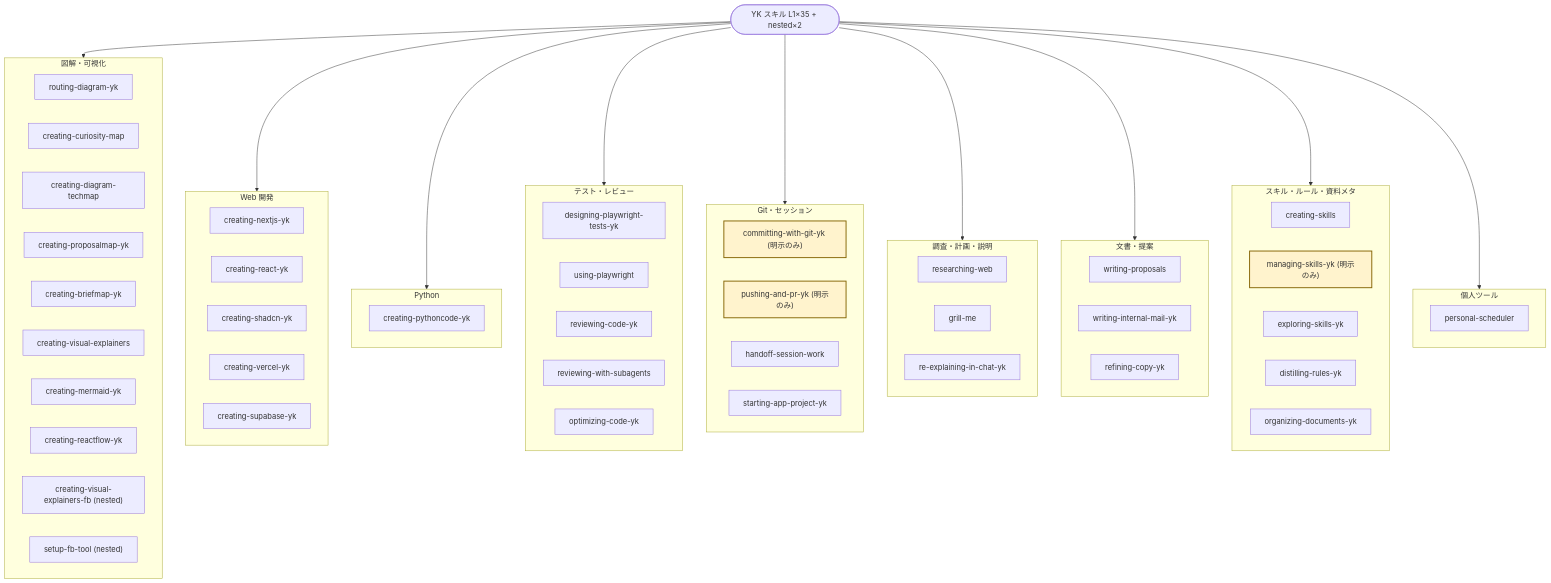
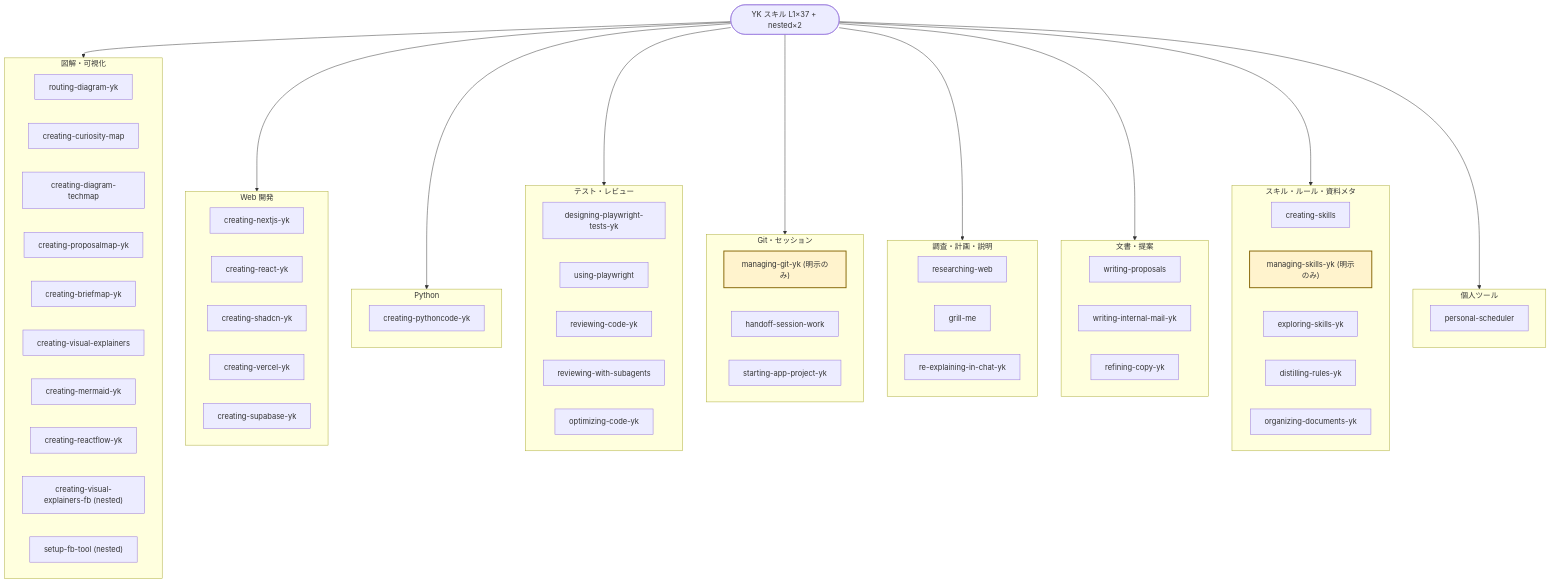
One commit to yk3720/yk-skill changed the diagram in metadata/diagrams/skills-overview.mmd. Above: the diagram before and after it, drawn with Mermaid. The commit also changed 26 other files, not shown here.

First line of the commit message:
feat(skills): commit/push を managing-git-yk に統合する

```diff
--- a/metadata/diagrams/skills-overview.mmd
+++ b/metadata/diagrams/skills-overview.mmd
@@ -1,82 +1,81 @@
 %% YK スキル一覧 — カテゴリ別俯瞰
 %% SSOT: ../SKILLS_INDEX.md · ../skill-categories.yaml
 %% 更新: creating-skills Step 8 または managing-skills-yk 後に同期
 flowchart TD
-  root(["YK スキル L1×35 + nested×2"])
+  root(["YK スキル L1×37 + nested×2"])
 
   subgraph catDiagram["図解・可視化"]
     skRouting["routing-diagram-yk"]
     skCuriosity["creating-curiosity-map"]
     skTechmap["creating-diagram-techmap"]
     skProposal["creating-proposalmap-yk"]
     skBrief["creating-briefmap-yk"]
     skVisual["creating-visual-explainers"]
     skMermaid["creating-mermaid-yk"]
     skReactflow["creating-reactflow-yk"]
     skVisualFb["creating-visual-explainers-fb (nested)"]
     skFbSetup["setup-fb-tool (nested)"]
   end
 
   subgraph catWeb["Web 開発"]
     skNext["creating-nextjs-yk"]
     skReact["creating-react-yk"]
     skShadcn["creating-shadcn-yk"]
     skVercel["creating-vercel-yk"]
     skSupabase["creating-supabase-yk"]
   end
 
   subgraph catPython["Python"]
     skPython["creating-pythoncode-yk"]
   end
 
   subgraph catTest["テスト・レビュー"]
     skPwDesign["designing-playwright-tests-yk"]
     skPwUse["using-playwright"]
     skReview["reviewing-code-yk"]
     skReviewMulti["reviewing-with-subagents"]
     skOptimize["optimizing-code-yk"]
   end
 
   subgraph catGit["Git・セッション"]
-    skCommit["committing-with-git-yk (明示のみ)"]
-    skPush["pushing-and-pr-yk (明示のみ)"]
+    skGit["managing-git-yk (明示のみ)"]
     skHandoff["handoff-session-work"]
     skStartApp["starting-app-project-yk"]
   end
 
   subgraph catResearch["調査・計画・説明"]
     skResearch["researching-web"]
     skGrill["grill-me"]
     skReexplain["re-explaining-in-chat-yk"]
   end
 
   subgraph catWriting["文書・提案"]
     skProposals["writing-proposals"]
     skMail["writing-internal-mail-yk"]
     skRefine["refining-copy-yk"]
   end
 
   subgraph catMeta["スキル・ルール・資料メタ"]
     skCreateSkill["creating-skills"]
     skManageSkill["managing-skills-yk (明示のみ)"]
     skExploreSkill["exploring-skills-yk"]
     skDistill["distilling-rules-yk"]
     skOrganize["organizing-documents-yk"]
   end
 
   subgraph catPersonal["個人ツール"]
     skScheduler["personal-scheduler"]
   end
 
   root --> catDiagram
   root --> catWeb
   root --> catPython
   root --> catTest
   root --> catGit
   root --> catResearch
   root --> catWriting
   root --> catMeta
   root --> catPersonal
 
   classDef explicit fill:#fff3cd,stroke:#856404,stroke-width:2px
-  class skCommit,skPush,skManageSkill explicit
+  class skGit,skManageSkill explicit
```
